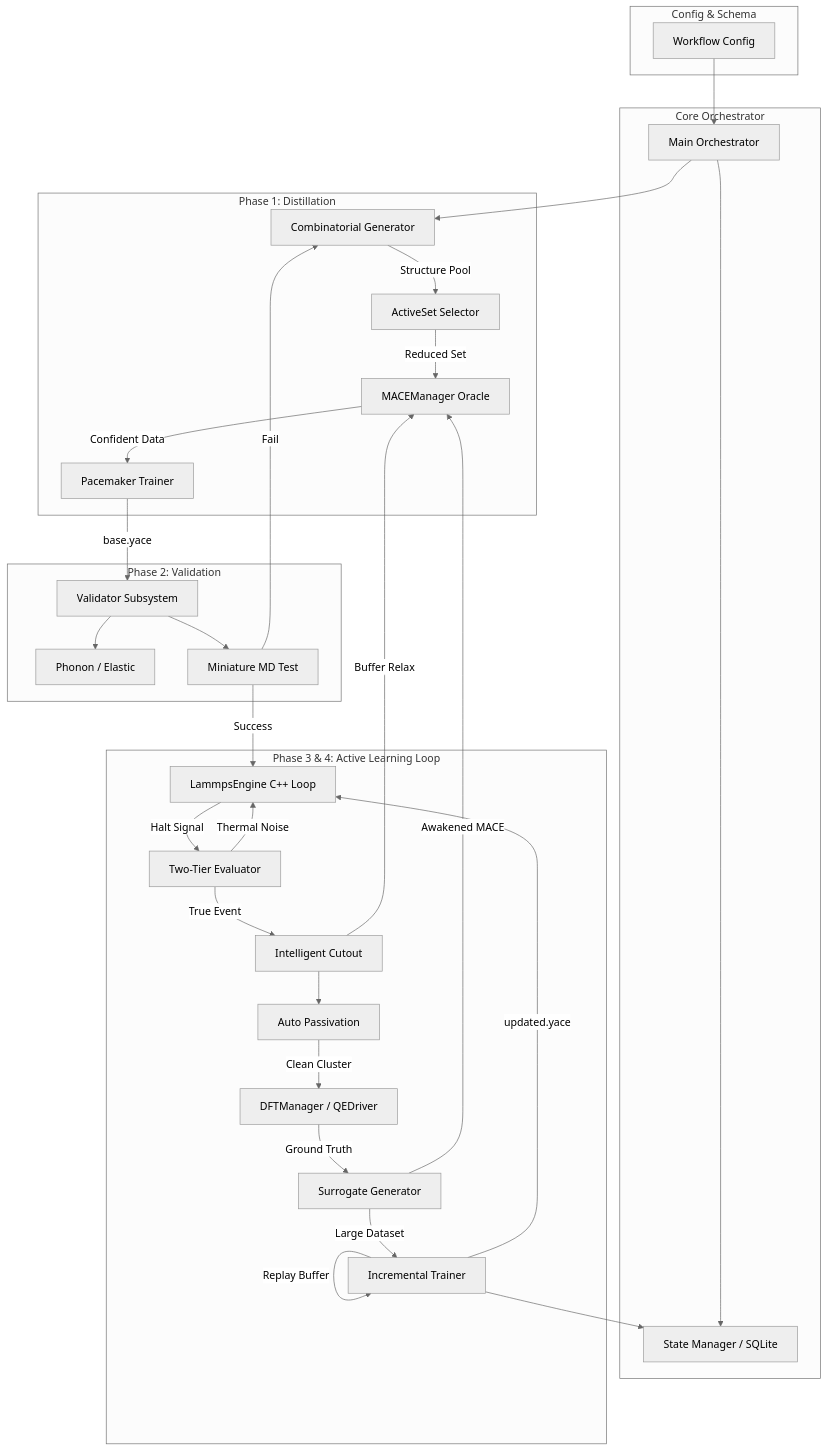
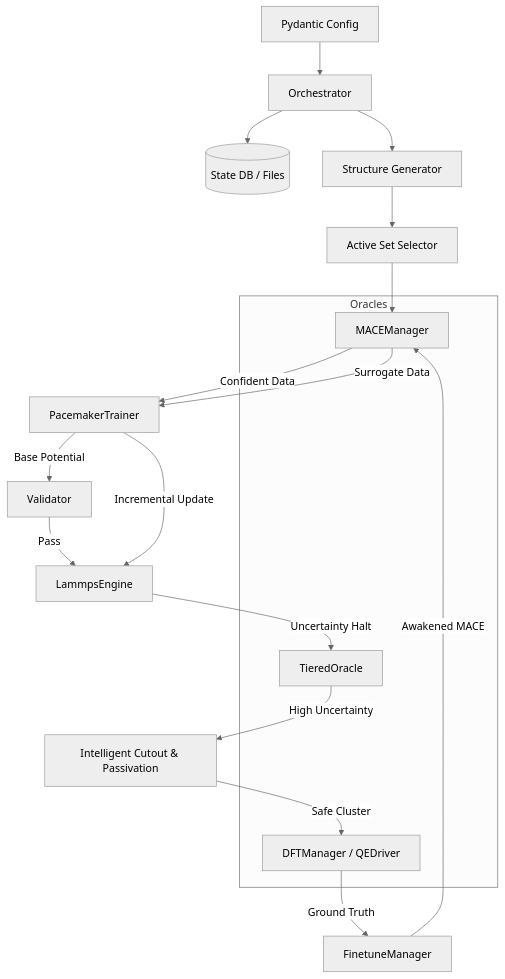
One commit to tsuyama1990/adaptive-mlip changed the diagram in README.md. Above: the diagram before and after it, drawn with Mermaid (neutral theme). The commit also changed other lines of this file and 3 other files, not shown here.

Commit message:
docs: add architecture and uat documentation

````diff
--- a/README.md
+++ b/README.md
@@ -25,66 +25,51 @@
 ```mermaid
 graph TD
-    %% Subsystems
-    subgraph Config & Schema
-        CFG[Workflow Config]
+    %% Config and State
+    CFG[Pydantic Config]
+    STATE[(State DB / Files)]
+
+    %% Orchestrator
+    ORCH[Orchestrator]
+
+    %% Generators
+    GEN[Structure Generator]
+    ACT[Active Set Selector]
+
+    %% Oracles
+    subgraph Oracles
+        MACE[MACEManager]
+        TIER[TieredOracle]
+        DFT[DFTManager / QEDriver]
     end
 
-    subgraph Core Orchestrator
-        ORCH[Main Orchestrator]
-        STATE[State Manager / SQLite]
-    end
+    %% Training
+    TRAIN[PacemakerTrainer]
+    FINE[FinetuneManager]
 
-    subgraph Phase 1: Distillation
-        P1_GEN[Combinatorial Generator]
-        P1_DIR[ActiveSet Selector]
-        P1_ORACLE[MACEManager Oracle]
-        P1_TRAIN[Pacemaker Trainer]
-    end
+    %% MD Engine
+    ENG[LammpsEngine]
+    VAL[Validator]
 
-    subgraph Phase 2: Validation
-        P2_VAL[Validator Subsystem]
-        P2_PHONON[Phonon / Elastic]
-        P2_MINIMD[Miniature MD Test]
-    end
+    %% Utilities
+    CUT[Intelligent Cutout & Passivation]
 
-    subgraph Phase 3 & 4: Active Learning Loop
-        LAMMPS[LammpsEngine C++ Loop]
-        EVAL[Two-Tier Evaluator]
-        CUTOUT[Intelligent Cutout]
-        PASSIVATE[Auto Passivation]
-        DFT[DFTManager / QEDriver]
-        SURR[Surrogate Generator]
-        DELTA[Incremental Trainer]
-    end
+    %% Phase 1
+    CFG --> ORCH
+    ORCH --> GEN
+    GEN --> ACT
+    ACT --> MACE
+    MACE -- Confident Data --> TRAIN
+    TRAIN -- Base Potential --> VAL
 
-    %% Flow Phase 1
-    CFG --> ORCH
-    ORCH --> P1_GEN
-    P1_GEN -- Structure Pool --> P1_DIR
-    P1_DIR -- Reduced Set --> P1_ORACLE
-    P1_ORACLE -- Confident Data --> P1_TRAIN
-    P1_TRAIN -- base.yace --> P2_VAL
+    %% Phase 3 & 4 (Active Loop)
+    VAL -- Pass --> ENG
+    ENG -- Uncertainty Halt --> TIER
+    TIER -- High Uncertainty --> CUT
+    CUT -- Safe Cluster --> DFT
+    DFT -- Ground Truth --> FINE
+    FINE -- Awakened MACE --> MACE
+    MACE -- Surrogate Data --> TRAIN
+    TRAIN -- Incremental Update --> ENG
 
-    %% Flow Phase 2
-    P2_VAL --> P2_PHONON
-    P2_VAL --> P2_MINIMD
-    P2_MINIMD -- Success --> LAMMPS
-    P2_MINIMD -- Fail --> P1_GEN
-
-    %% Flow Phase 3 & 4
-    LAMMPS -- Halt Signal --> EVAL
-    EVAL -- Thermal Noise --> LAMMPS
-    EVAL -- True Event --> CUTOUT
-    CUTOUT -- Buffer Relax --> P1_ORACLE
-    CUTOUT --> PASSIVATE
-    PASSIVATE -- Clean Cluster --> DFT
-    DFT -- Ground Truth --> SURR
-    SURR -- Awakened MACE --> P1_ORACLE
-    SURR -- Large Dataset --> DELTA
-    DELTA -- Replay Buffer --> DELTA
-    DELTA -- updated.yace --> LAMMPS
-
-    %% Storage
     ORCH --> STATE
-    DELTA --> STATE
 ```
````
